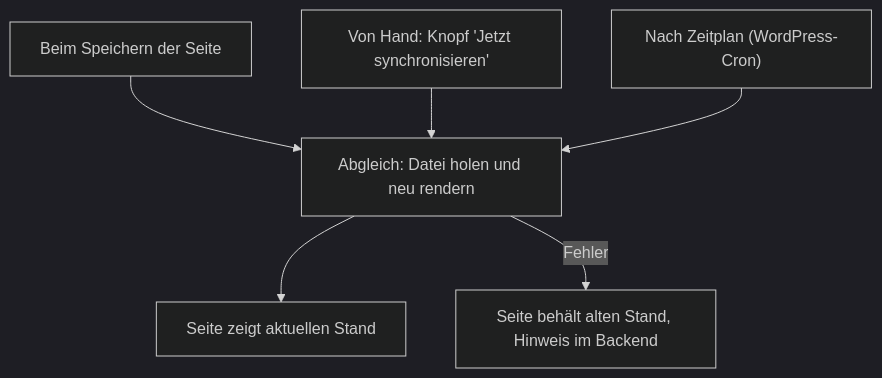
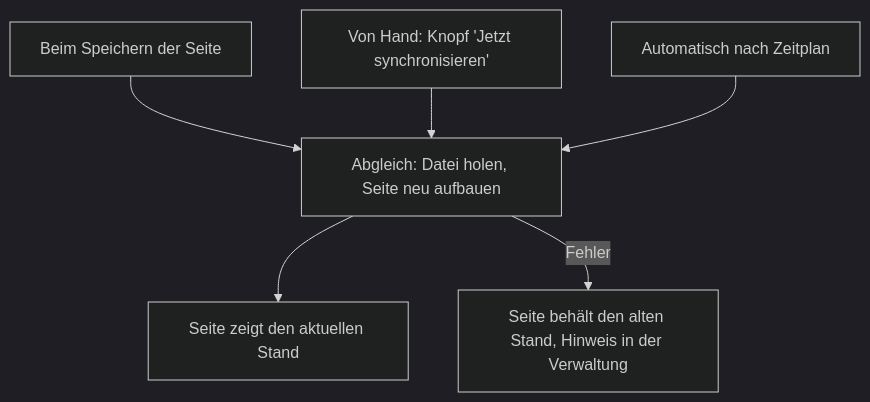
Before and after one commit to rfluethi/living-handbook: the diagram in handbuch/de/inhalte/github-synchronisation.md, drawn with Mermaid (dark theme). The commit also changed other lines of this file and 33 other files, not shown here.

````diff
--- a/handbuch/de/inhalte/github-synchronisation.md
+++ b/handbuch/de/inhalte/github-synchronisation.md
@@ -23,8 +23,8 @@
 ```mermaid
 graph TD;
-  A["Beim Speichern der Seite"] --> S["Abgleich: Datei holen und neu rendern"];
+  A["Beim Speichern der Seite"] --> S["Abgleich: Datei holen, Seite neu aufbauen"];
   B["Von Hand: Knopf 'Jetzt synchronisieren'"] --> S;
-  C["Nach Zeitplan (WordPress-Cron)"] --> S;
-  S --> D["Seite zeigt aktuellen Stand"];
-  S -->|"Fehler"| E["Seite behält alten Stand, Hinweis im Backend"];
+  C["Automatisch nach Zeitplan"] --> S;
+  S --> D["Seite zeigt den aktuellen Stand"];
+  S -->|"Fehler"| E["Seite behält den alten Stand, Hinweis in der Verwaltung"];
 ```
````
